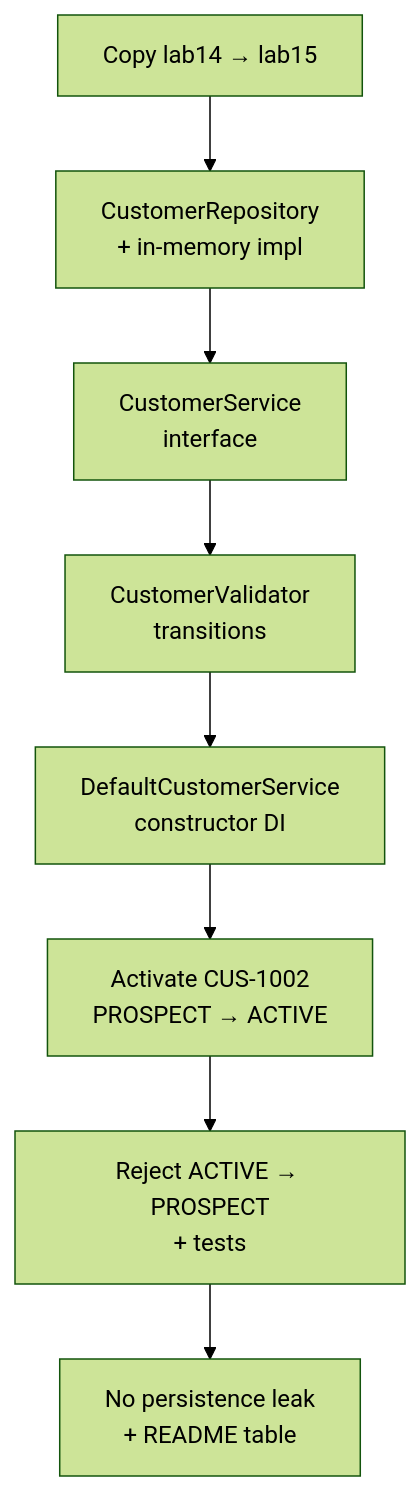
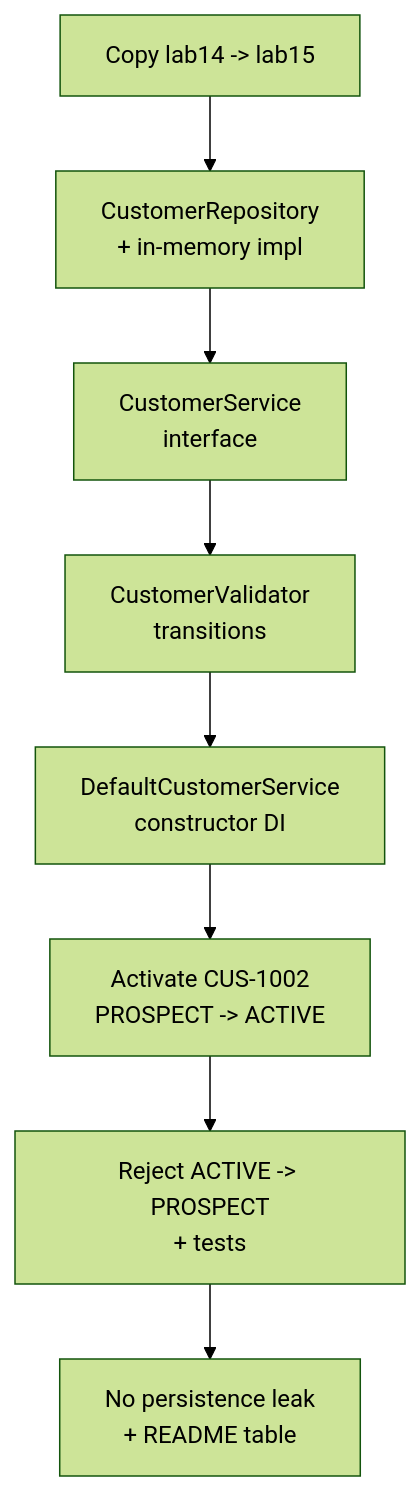
The second of 2 diagrams in labs/Week 2 - Backend, AI Tools and Testing/module-15/lab15/LAB-15-GUIDE.md (pupilliluke/bc-sw-engineer-java-participant), drawn with Mermaid (forest theme) before and after one commit. The commit also changed 55 other files, not shown here.

Commit message:
Stop publishing local screenshots; harden Mermaid for GitHub; sync only tracked lab files.

````diff
--- a/labs/Week 2 - Backend, AI Tools and Testing/module-15/lab15/LAB-15-GUIDE.md
+++ b/labs/Week 2 - Backend, AI Tools and Testing/module-15/lab15/LAB-15-GUIDE.md
@@ -94,10 +94,10 @@
 ```mermaid
 flowchart TD
-    A["Copy lab14 → lab15"] --> B["CustomerRepository<br/>+ in-memory impl"]
+    A["Copy lab14 -> lab15"] --> B["CustomerRepository<br/>+ in-memory impl"]
     B --> C["CustomerService<br/>interface"]
     C --> D["CustomerValidator<br/>transitions"]
     D --> E["DefaultCustomerService<br/>constructor DI"]
-    E --> F["Activate CUS-1002<br/>PROSPECT → ACTIVE"]
-    F --> G["Reject ACTIVE → PROSPECT<br/>+ tests"]
+    E --> F["Activate CUS-1002<br/>PROSPECT -> ACTIVE"]
+    F --> G["Reject ACTIVE -> PROSPECT<br/>+ tests"]
     G --> H["No persistence leak<br/>+ README table"]
 ```
````
